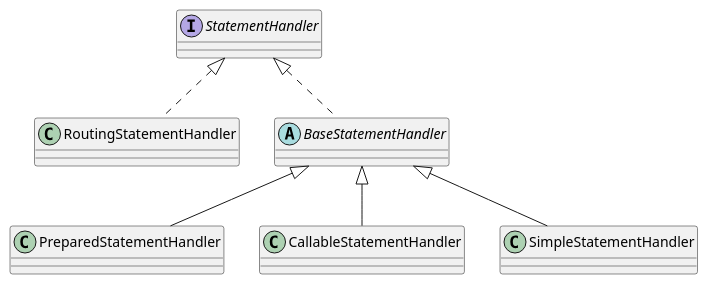
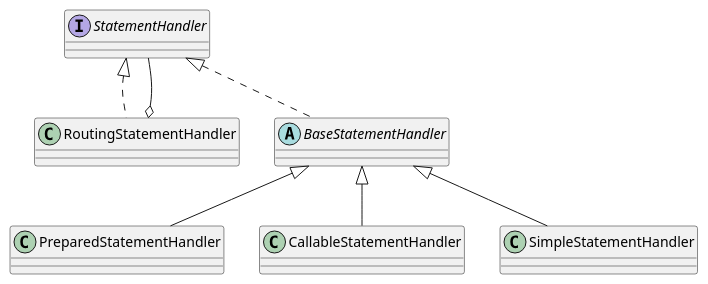
The first of 3 diagrams in 99-book/notes/20-framework/Mybatis技术内幕.md (onlyonion/development), drawn with PlantUML before and after one commit. The commit also changed other lines of this file and 1 other file, not shown here.

````diff
--- a/99-book/notes/20-framework/Mybatis技术内幕.md
+++ b/99-book/notes/20-framework/Mybatis技术内幕.md
@@ -194,15 +239,17 @@
 ```plantuml
 @startuml
 
 interface StatementHandler
 StatementHandler ^.. RoutingStatementHandler
 StatementHandler ^.. BaseStatementHandler
+
+RoutingStatementHandler o-- StatementHandler
 
 abstract class BaseStatementHandler 
 
 BaseStatementHandler ^-- PreparedStatementHandler
 BaseStatementHandler ^-- CallableStatementHandler
 BaseStatementHandler ^-- SimpleStatementHandler
 
 @enduml
 ```
````
